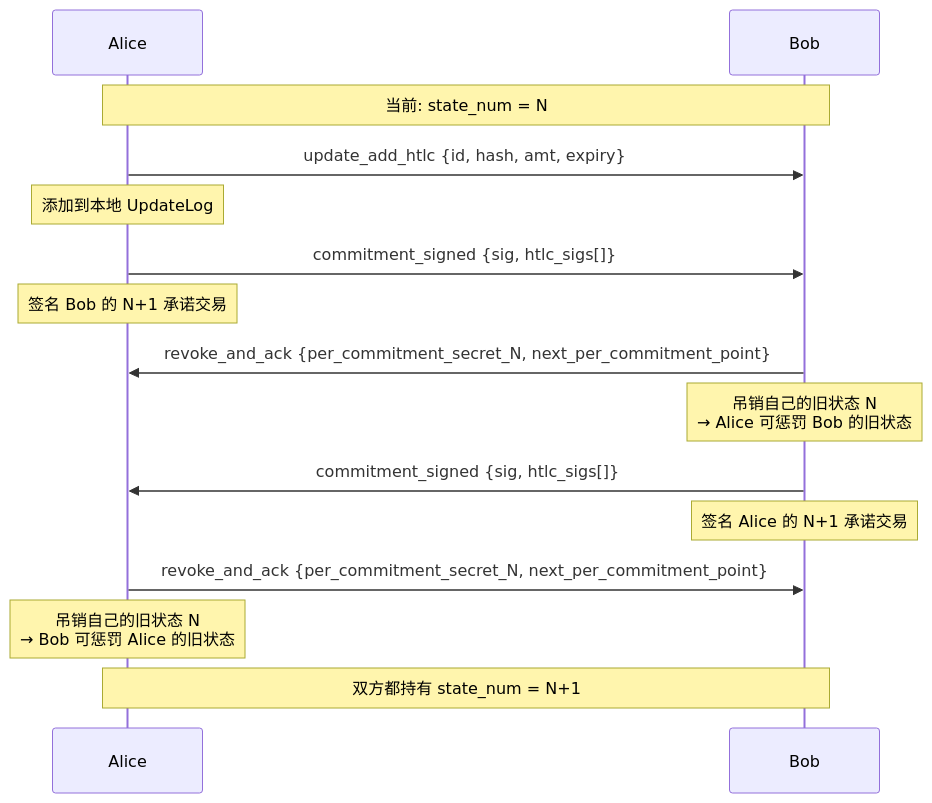
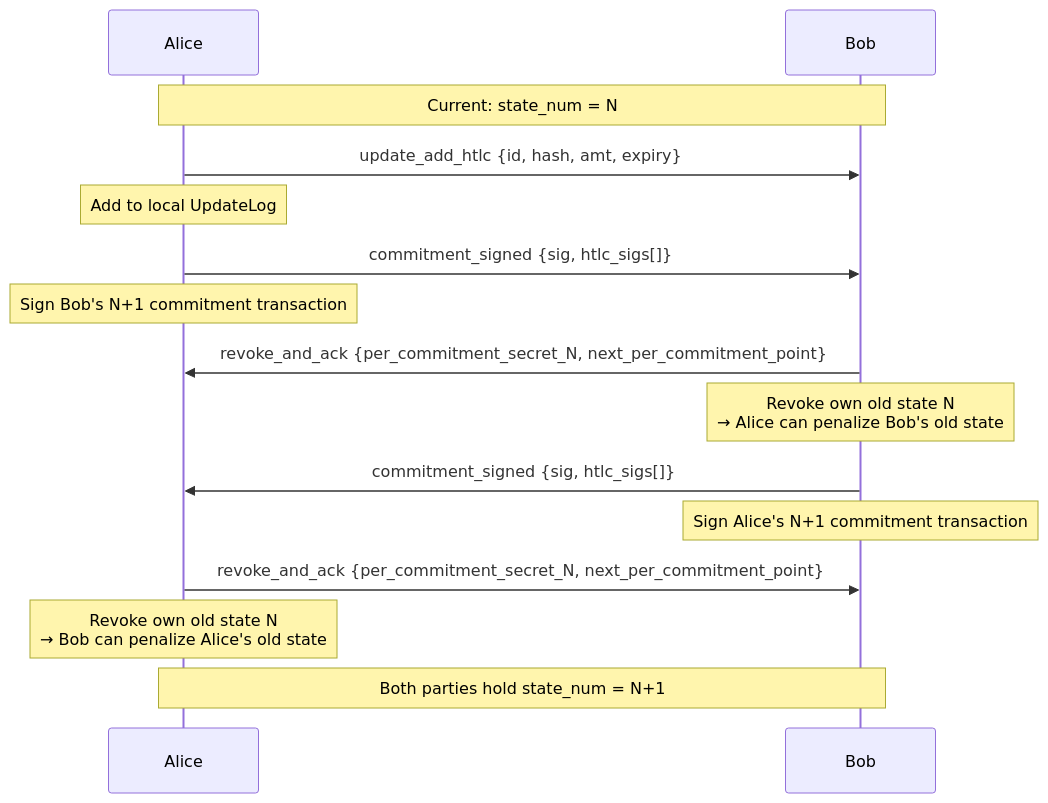
One commit to loka-network/loka-p2p-lnd changed the seventh of 8 diagrams in 1-refactor-docs/lnd-architecture.md. Above: the diagram before and after it, drawn with Mermaid. The commit also changed other lines of this file and 12 other files, not shown here.

````diff
--- a/1-refactor-docs/lnd-architecture.md
+++ b/1-refactor-docs/lnd-architecture.md
@@ -633,24 +633,24 @@
 ```mermaid
 sequenceDiagram
     participant A as Alice
     participant B as Bob
 
-    Note over A,B: 当前: state_num = N
+    Note over A,B: Current: state_num = N
 
     A->>B: update_add_htlc {id, hash, amt, expiry}
-    Note over A: 添加到本地 UpdateLog
+    Note over A: Add to local UpdateLog
 
     A->>B: commitment_signed {sig, htlc_sigs[]}
-    Note over A: 签名 Bob 的 N+1 承诺交易
+    Note over A: Sign Bob's N+1 commitment transaction
 
     B->>A: revoke_and_ack {per_commitment_secret_N, next_per_commitment_point}
-    Note over B: 吊销自己的旧状态 N<br/>→ Alice 可惩罚 Bob 的旧状态
+    Note over B: Revoke own old state N<br/>→ Alice can penalize Bob's old state
 
     B->>A: commitment_signed {sig, htlc_sigs[]}
-    Note over B: 签名 Alice 的 N+1 承诺交易
+    Note over B: Sign Alice's N+1 commitment transaction
 
     A->>B: revoke_and_ack {per_commitment_secret_N, next_per_commitment_point}
-    Note over A: 吊销自己的旧状态 N<br/>→ Bob 可惩罚 Alice 的旧状态
+    Note over A: Revoke own old state N<br/>→ Bob can penalize Alice's old state
 
-    Note over A,B: 双方都持有 state_num = N+1
+    Note over A,B: Both parties hold state_num = N+1
 ```
````
